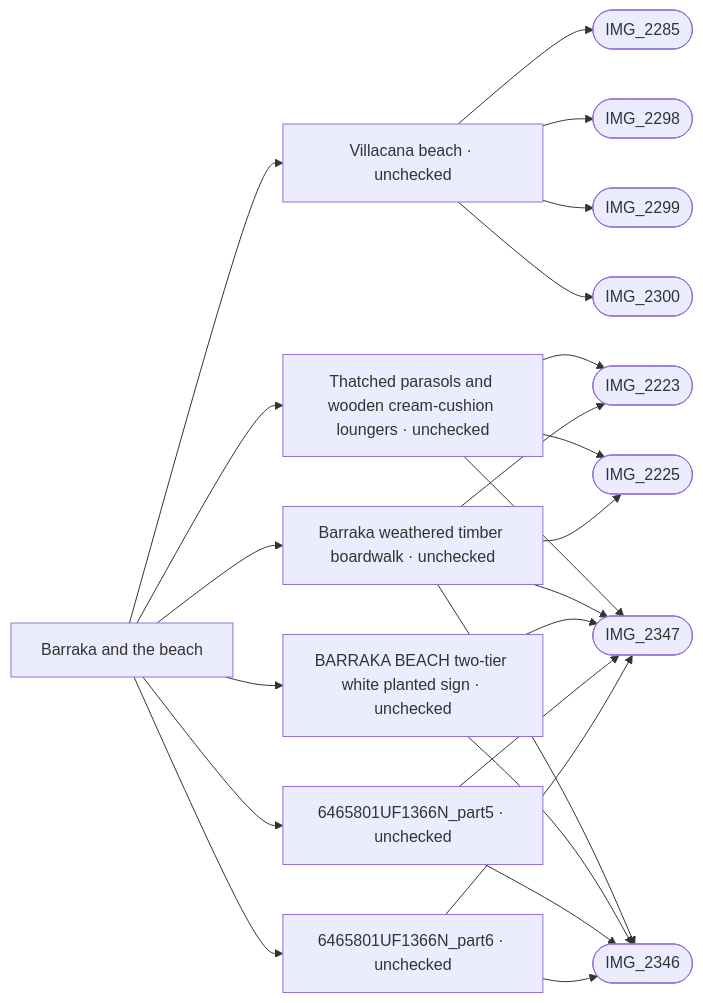
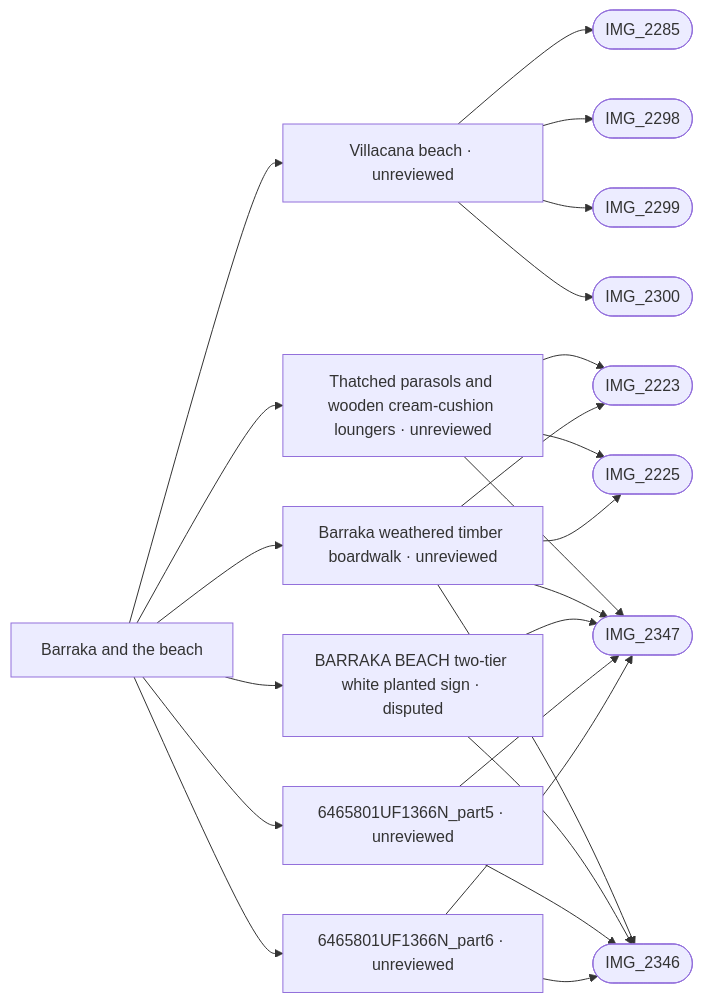
One commit to daveyboyc/villacana-venture changed the diagram in refs/areas/barraka-beach.md. Above: the diagram before and after it, drawn with Mermaid. The commit also changed other lines of this file and 45 other files, not shown here.

Commit message:
Require measured independent evidence for graph placement approval

````diff
--- a/refs/areas/barraka-beach.md
+++ b/refs/areas/barraka-beach.md
@@ -46,27 +47,27 @@
 ```mermaid
 graph LR
   A["Barraka and the beach"]
-  A --> F0["Villacana beach · unchecked"]
+  A --> F0["Villacana beach · unreviewed"]
   F0 --> PIMG_2285_jpg(["IMG_2285"])
   F0 --> PIMG_2298_jpg(["IMG_2298"])
   F0 --> PIMG_2299_jpg(["IMG_2299"])
   F0 --> PIMG_2300_jpg(["IMG_2300"])
-  A --> F1["Thatched parasols and wooden cream-cushion loungers · unchecked"]
+  A --> F1["Thatched parasols and wooden cream-cushion loungers · unreviewed"]
   F1 --> PIMG_2223_jpg(["IMG_2223"])
   F1 --> PIMG_2225_jpg(["IMG_2225"])
   F1 --> PIMG_2347_jpg(["IMG_2347"])
-  A --> F2["Barraka weathered timber boardwalk · unchecked"]
+  A --> F2["Barraka weathered timber boardwalk · unreviewed"]
   F2 --> PIMG_2223_jpg(["IMG_2223"])
   F2 --> PIMG_2225_jpg(["IMG_2225"])
   F2 --> PIMG_2346_jpg(["IMG_2346"])
   F2 --> PIMG_2347_jpg(["IMG_2347"])
-  A --> F3["BARRAKA BEACH two-tier white planted sign · unchecked"]
+  A --> F3["BARRAKA BEACH two-tier white planted sign · disputed"]
   F3 --> PIMG_2346_jpg(["IMG_2346"])
   F3 --> PIMG_2347_jpg(["IMG_2347"])
-  A --> F4["6465801UF1366N_part5 · unchecked"]
+  A --> F4["6465801UF1366N_part5 · unreviewed"]
   F4 --> PIMG_2346_jpg(["IMG_2346"])
   F4 --> PIMG_2347_jpg(["IMG_2347"])
-  A --> F5["6465801UF1366N_part6 · unchecked"]
+  A --> F5["6465801UF1366N_part6 · unreviewed"]
   F5 --> PIMG_2346_jpg(["IMG_2346"])
   F5 --> PIMG_2347_jpg(["IMG_2347"])
 ```
````
